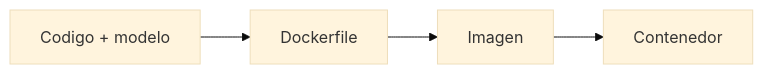
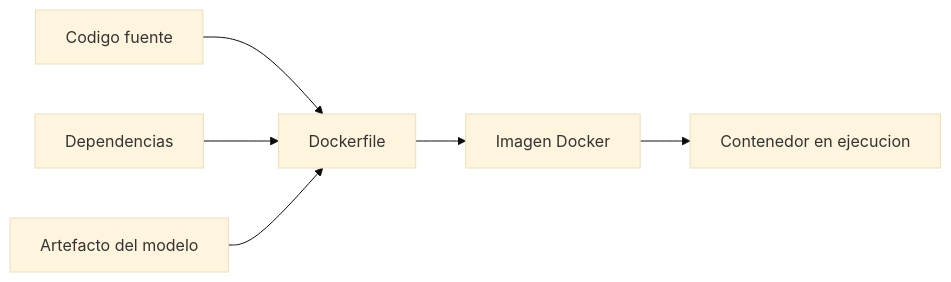
Before and after one commit to wilmerpineda/modulo2_mlops_python: the diagram in _build/html/_sources/unidad_4/10_docker_fundamentos.md, drawn with Mermaid (base theme). The commit also changed other lines of this file and 126 other files, not shown here.

````diff
--- a/_build/html/_sources/unidad_4/10_docker_fundamentos.md
+++ b/_build/html/_sources/unidad_4/10_docker_fundamentos.md
@@ -5,6 +20,8 @@
 ```{mermaid}
 flowchart LR
-    A[Codigo + modelo] --> B[Dockerfile]
-    B --> C[Imagen]
-    C --> D[Contenedor]
+    A[Codigo fuente] --> D[Dockerfile]
+    B[Dependencias] --> D
+    C[Artefacto del modelo] --> D
+    D --> E[Imagen Docker]
+    E --> F[Contenedor en ejecucion]
 ```
````
